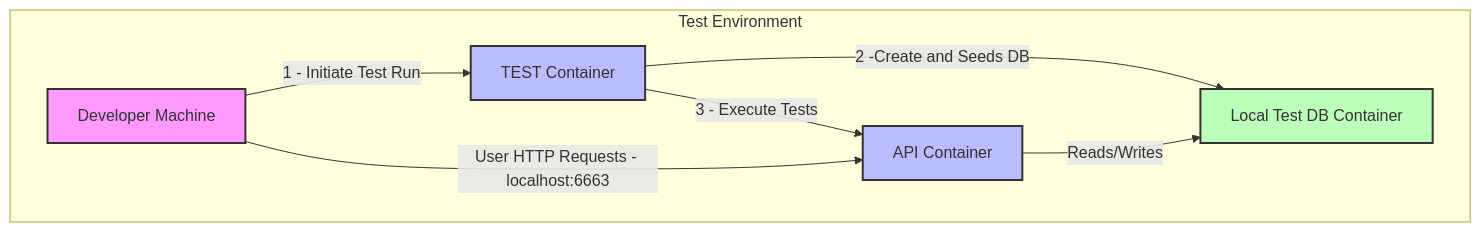
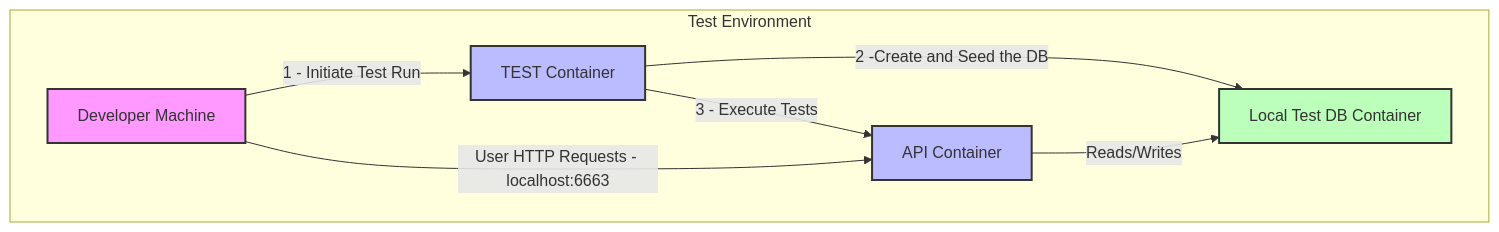
The second of 2 diagrams in api-demo/README.md (justinl-y/demo-platform), drawn with Mermaid before and after one commit.

Commit message:
Code review comments

````diff
--- a/api-demo/README.md
+++ b/api-demo/README.md
@@ -35,18 +35,18 @@
 ```mermaid
 flowchart TB
     subgraph Test Environment
         E[Developer Machine]
 
         E -->|1 - Initiate Test Run| F[TEST Container]
         E -->|User HTTP Requests - localhost:6663| H[API Container]
 
-        F -->|2 -Create and Seeds DB| G[Local Test DB Container]
+        F -->|2 -Create and Seed the DB| G[Local Test DB Container]
         F -->|3 - Execute Tests| H
         H -->|Reads/Writes| G
     end
 
     style E fill:#f9f,stroke:#333,stroke-width:2px
     style F fill:#bbf,stroke:#333,stroke-width:2px
     style G fill:#bfb,stroke:#333,stroke-width:2px
     style H fill:#bbf,stroke:#333,stroke-width:2px
 ```
````
